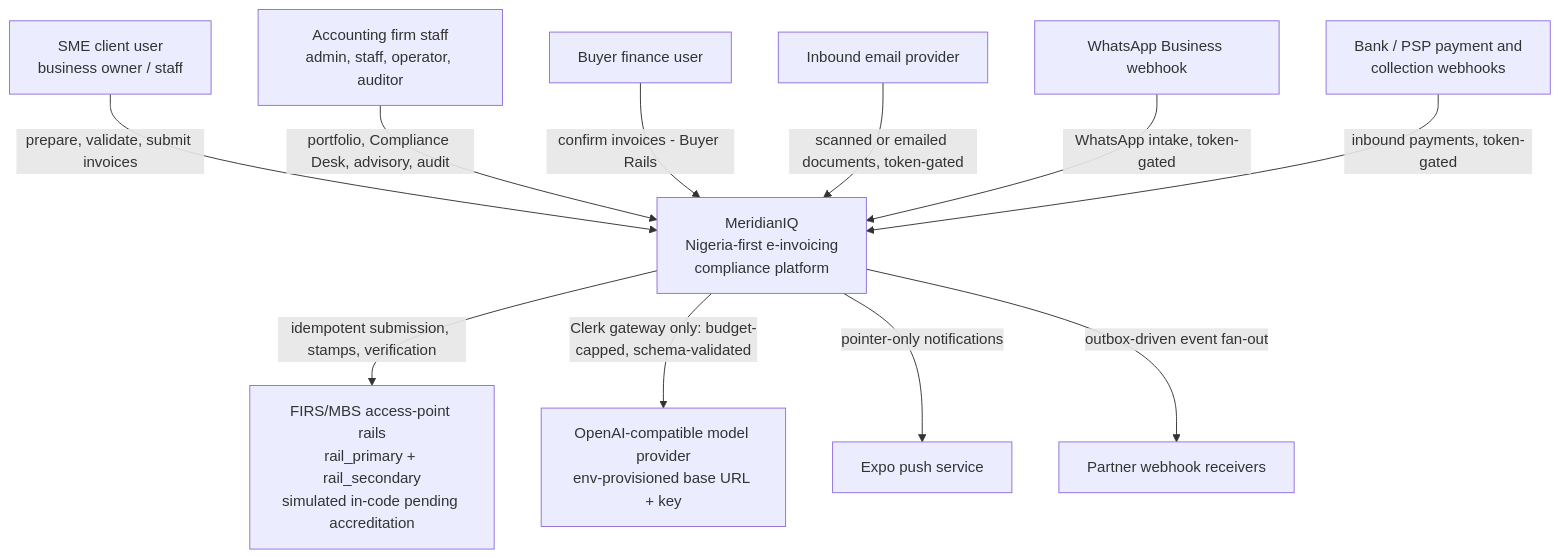
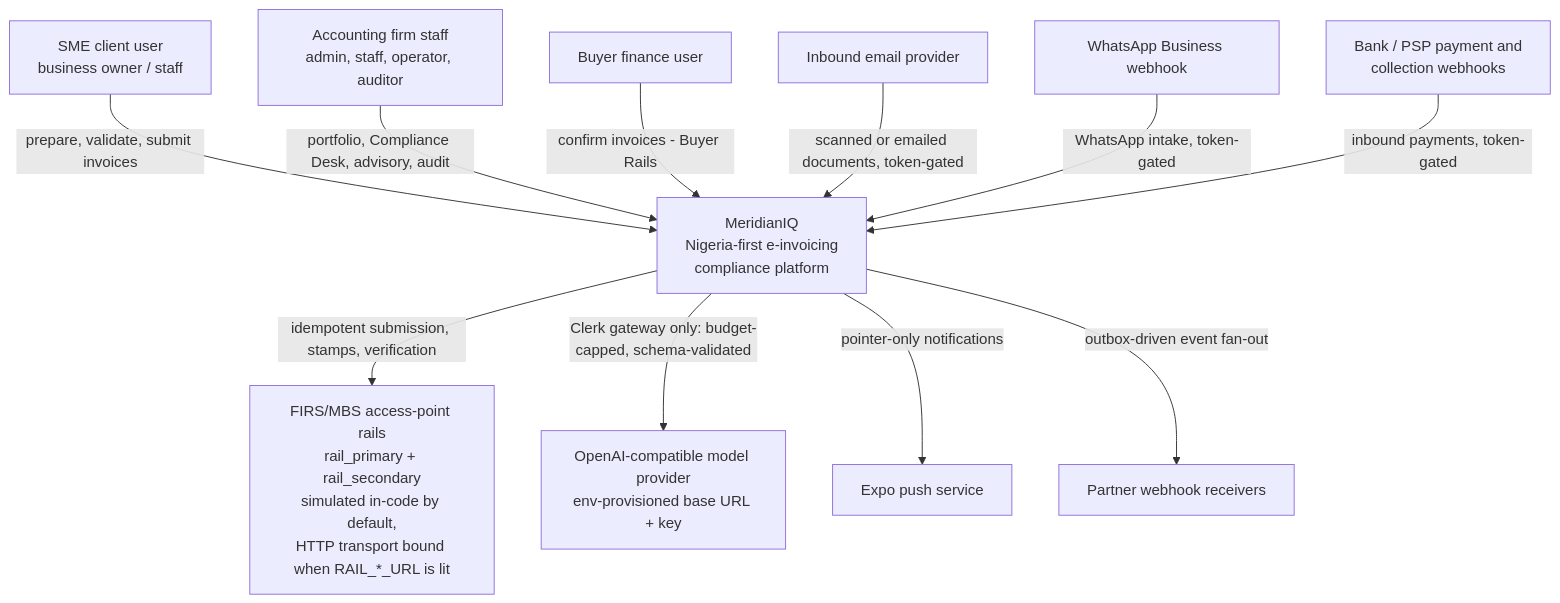
One commit to obeidpeter/Meridian-IQ changed the first of 2 diagrams in docs/architecture.md. Above: the diagram before and after it, drawn with Mermaid. The commit also changed other lines of this file and 13 other files, not shown here.

First line of the commit message:
R95 wip: fault-matrix suite, console rails card, docs, e2e over the conformance fake rail

````diff
--- a/docs/architecture.md
+++ b/docs/architecture.md
@@ -17,27 +17,27 @@
 ```mermaid
 flowchart TB
     sme["SME client user<br/>business owner / staff"]
     firm["Accounting firm staff<br/>admin, staff, operator, auditor"]
     buyer["Buyer finance user"]
 
     miq["MeridianIQ<br/>Nigeria-first e-invoicing<br/>compliance platform"]
 
-    rails["FIRS/MBS access-point rails<br/>rail_primary + rail_secondary<br/>simulated in-code pending accreditation"]
+    rails["FIRS/MBS access-point rails<br/>rail_primary + rail_secondary<br/>simulated in-code by default,<br/>HTTP transport bound when RAIL_*_URL is lit"]
     model["OpenAI-compatible model provider<br/>env-provisioned base URL + key"]
     email["Inbound email provider"]
     wa["WhatsApp Business webhook"]
     psp["Bank / PSP payment and<br/>collection webhooks"]
     expo["Expo push service"]
     partner["Partner webhook receivers"]
 
     sme -->|"prepare, validate, submit invoices"| miq
     firm -->|"portfolio, Compliance Desk, advisory, audit"| miq
     buyer -->|"confirm invoices - Buyer Rails"| miq
     miq -->|"idempotent submission, stamps, verification"| rails
     miq -->|"Clerk gateway only: budget-capped, schema-validated"| model
     email -->|"scanned or emailed documents, token-gated"| miq
     wa -->|"WhatsApp intake, token-gated"| miq
     psp -->|"inbound payments, token-gated"| miq
     miq -->|"pointer-only notifications"| expo
     miq -->|"outbox-driven event fan-out"| partner
 ```
````
